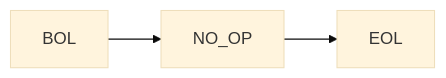
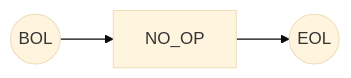
Diagram 14 of 15 in documentation/nfsm.md (rewhowe/snapdragon), drawn with Mermaid (base theme) before and after one commit. The commit also changed other lines of this file and 16 other files, not shown here.

````diff
--- a/documentation/nfsm.md
+++ b/documentation/nfsm.md
@@ -287,6 +477,6 @@
 ```mermaid
 graph LR
-  BOL --> NO_OP
+  BOL((BOL)) --> NO_OP
 
-  NO_OP --> EOL
+  NO_OP --> EOL((EOL))
 ```
````
